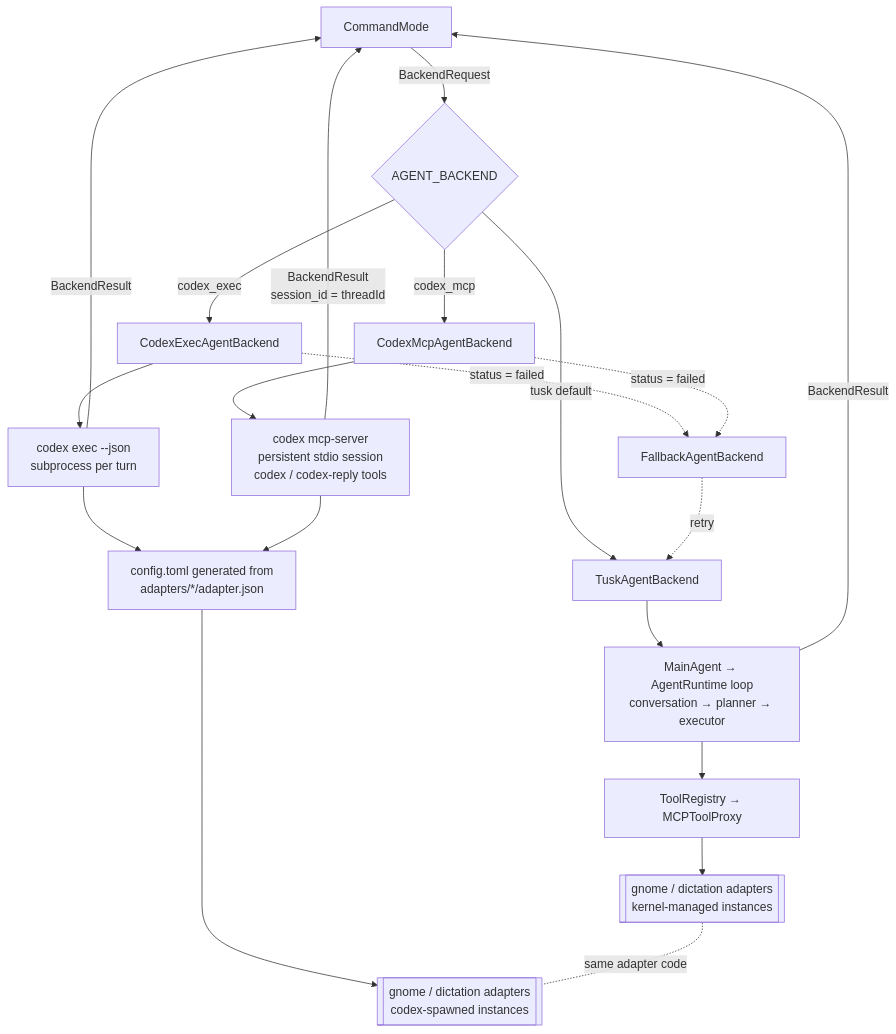
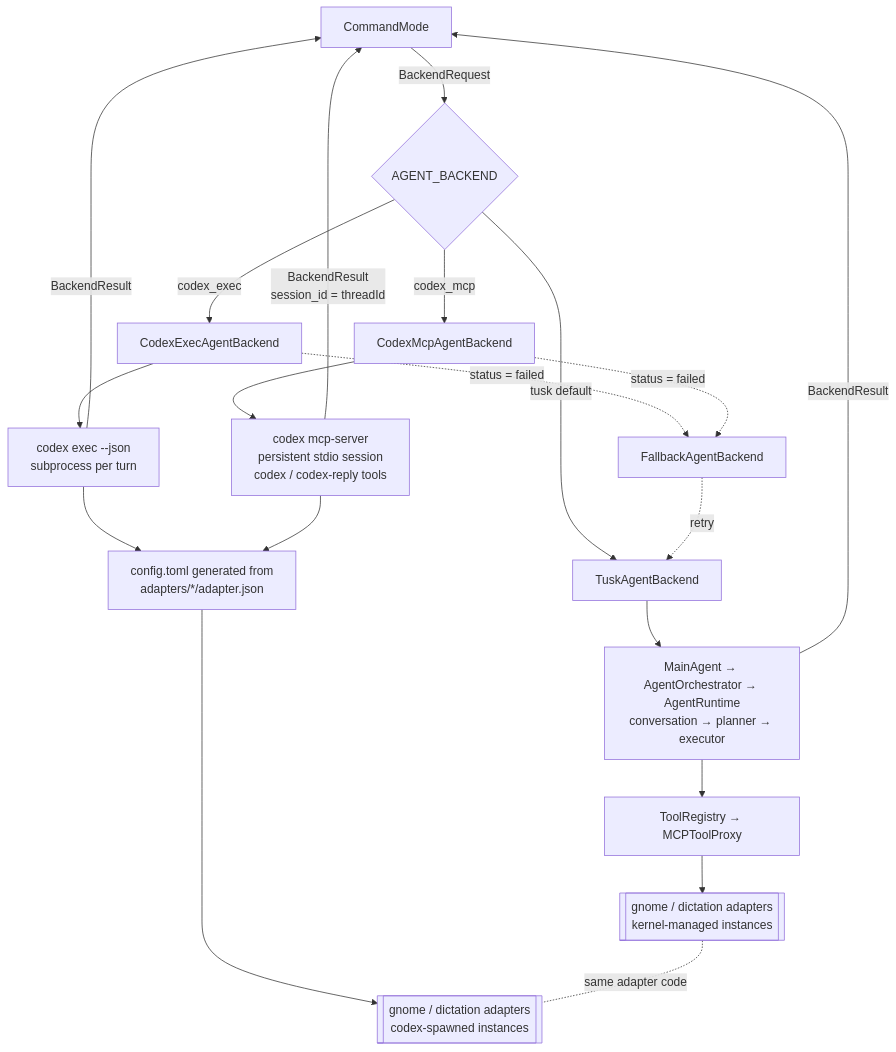
Before and after one commit to vovka/tusk: the fourth of 4 diagrams in docs/architecture.md, drawn with Mermaid. The commit also changed other lines of this file and 2 other files, not shown here.

First line of the commit message:
Bring architecture.md in line with the current code

````diff
--- a/docs/architecture.md
+++ b/docs/architecture.md
@@ -452,27 +481,27 @@
 ```mermaid
 flowchart TD
     CM[CommandMode] -->|BackendRequest| SEL{AGENT_BACKEND}
     SEL -->|tusk default| TUSK[TuskAgentBackend]
     SEL -->|codex_exec| CODEX[CodexExecAgentBackend]
     SEL -->|codex_mcp| MCPB[CodexMcpAgentBackend]
 
-    TUSK --> ORC[MainAgent → AgentRuntime loop<br/>conversation → planner → executor]
+    TUSK --> ORC[MainAgent → AgentOrchestrator → AgentRuntime<br/>conversation → planner → executor]
     ORC --> REG[ToolRegistry → MCPToolProxy]
 
     CODEX --> PROC[codex exec --json<br/>subprocess per turn]
     MCPB --> SRV[codex mcp-server<br/>persistent stdio session<br/>codex / codex-reply tools]
     PROC --> CFG[config.toml generated from<br/>adapters/*/adapter.json]
     SRV --> CFG
 
     REG --> AK[[gnome / dictation adapters<br/>kernel-managed instances]]
     CFG --> AC[[gnome / dictation adapters<br/>codex-spawned instances]]
     AK -. same adapter code .- AC
 
     CODEX -. status = failed .-> FALL[FallbackAgentBackend]
     MCPB -. status = failed .-> FALL
     FALL -. retry .-> TUSK
 
     ORC -->|BackendResult| CM
     PROC -->|BackendResult| CM
     SRV -->|BackendResult<br/>session_id = threadId| CM
 ```
````
